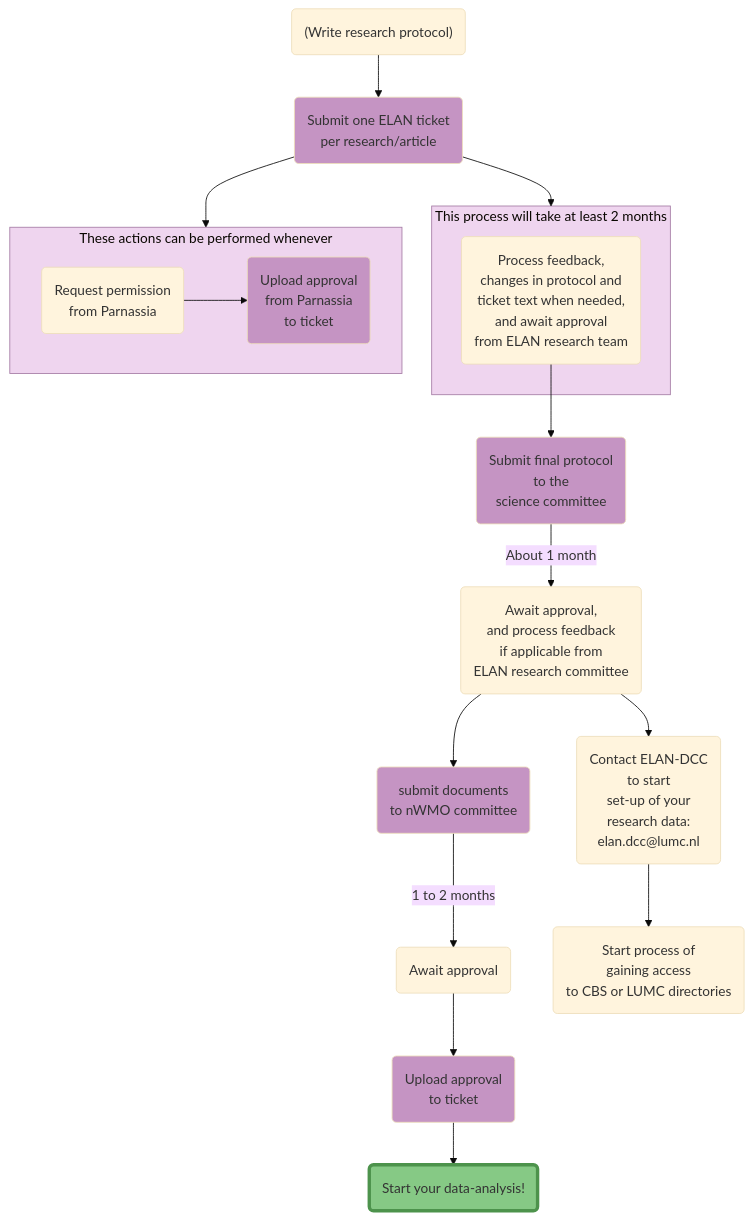
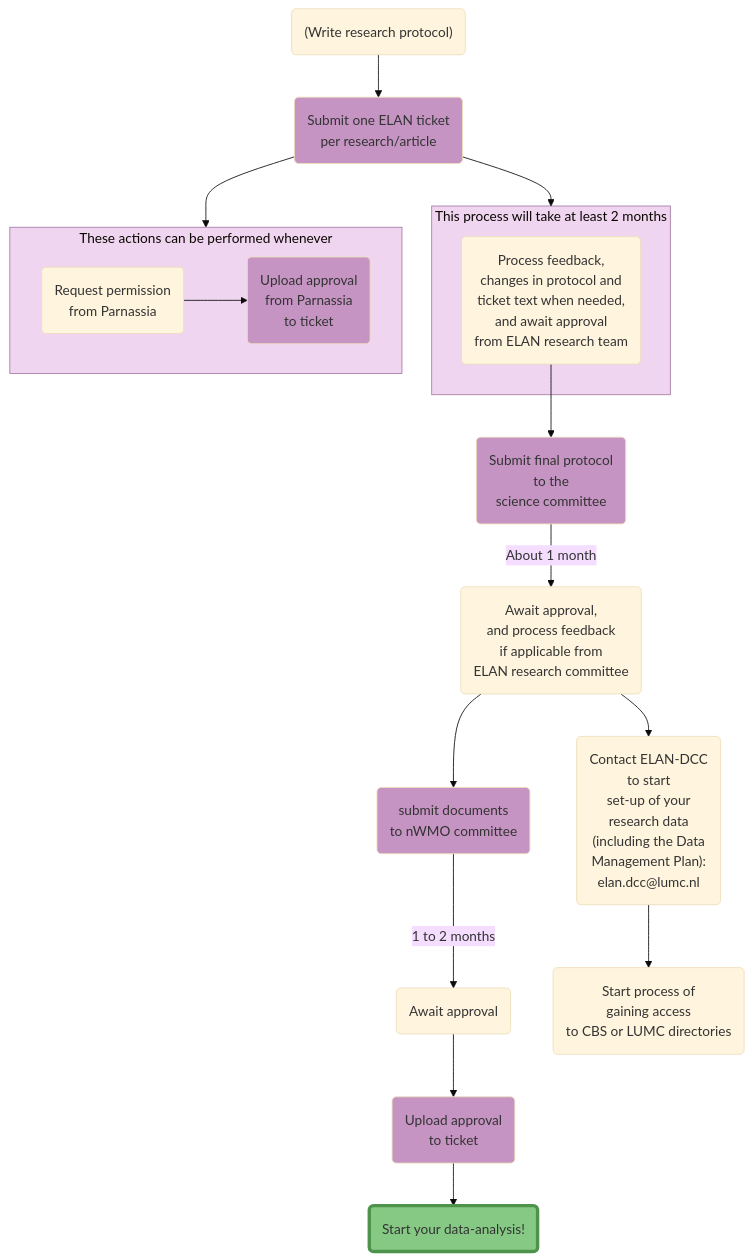
Before and after one commit to elan-dcc/elan-dcc.github.io: the second of 4 diagrams in content/en/researchers/overview_getting_started.md, drawn with Mermaid (base theme). The commit also changed other lines of this file and 3 other files, not shown here.

````diff
--- a/content/en/researchers/overview_getting_started.md
+++ b/content/en/researchers/overview_getting_started.md
@@ -70,57 +72,59 @@
 ```mermaid {class="mentalhealth"}
 flowchart TD
-    id1("(Write research protocol)") --> id2
+    id1("(Write research protocol)") --> id2(Submit one ELAN ticket\nper research/article)
     subgraph ticket [This process will take at least 2 months]
         id4
     end
     id4(Process feedback, 
     changes in protocol and 
     ticket text when needed,
     and await approval
     from ELAN research team) --> id5
     id5(Submit final protocol
     to the
     science committee) -->|About 1 month| id6
     id6(Await approval,
     and process feedback
     if applicable from
     ELAN research committee) --> id7
     id7(submit documents 
     to nWMO committee) -->|1 to 2 months| id9
     id9(Await approval) --> id10
     id10(Upload approval
     to ticket) --> idend(Start your data-analysis!)
     id6 --> id8
-    id8(Contact ELAN-DCC
+    id8("Contact ELAN-DCC
     to start 
     set-up of your 
-    research data:
-    elan.dcc@lumc.nl) --> id11(Start process of
+    research data
+    (including the Data
+    Management Plan):
+    elan.dcc@lumc.nl") --> id11(Start process of
     gaining access
     to CBS or LUMC directories)
 
     subgraph external [These actions can be performed whenever]
         idB1(Request permission
         from Parnassia) --> idB2(Upload approval
         from Parnassia
         to ticket)
     end
 
-    id2(Submit one ELAN ticket\nper research/article) --> external
+    id2 --> external
     id2 --> ticket
 
     style idend fill:#86c985,stroke:#4d934c,stroke-width:4px
     style id2 fill:#c594c3
     style id5 fill:#c594c3
     style id7 fill:#c594c3
     style id10 fill:#c594c3
     style idB2 fill:#c594c3
     style external fill:#efd5ef, stroke:#a57ca5
     style ticket fill:#efd5ef, stroke:#a57ca5
     
     click id2 "https://elanresearch.nl" "ELAN research" _blank
     click id10 "https://elanresearch.nl" "ELAN research" _blank
     click idB2 "https://elanresearch.nl" "ELAN research" _blank
     click id5 "../sciencecommittee" "Science committee"
     click id7 "https://www.metc-ldd.nl/toetsingsprocedures/niet-wmo-en-niet-mdr" "nWMO committee" _blank
 ```
````
